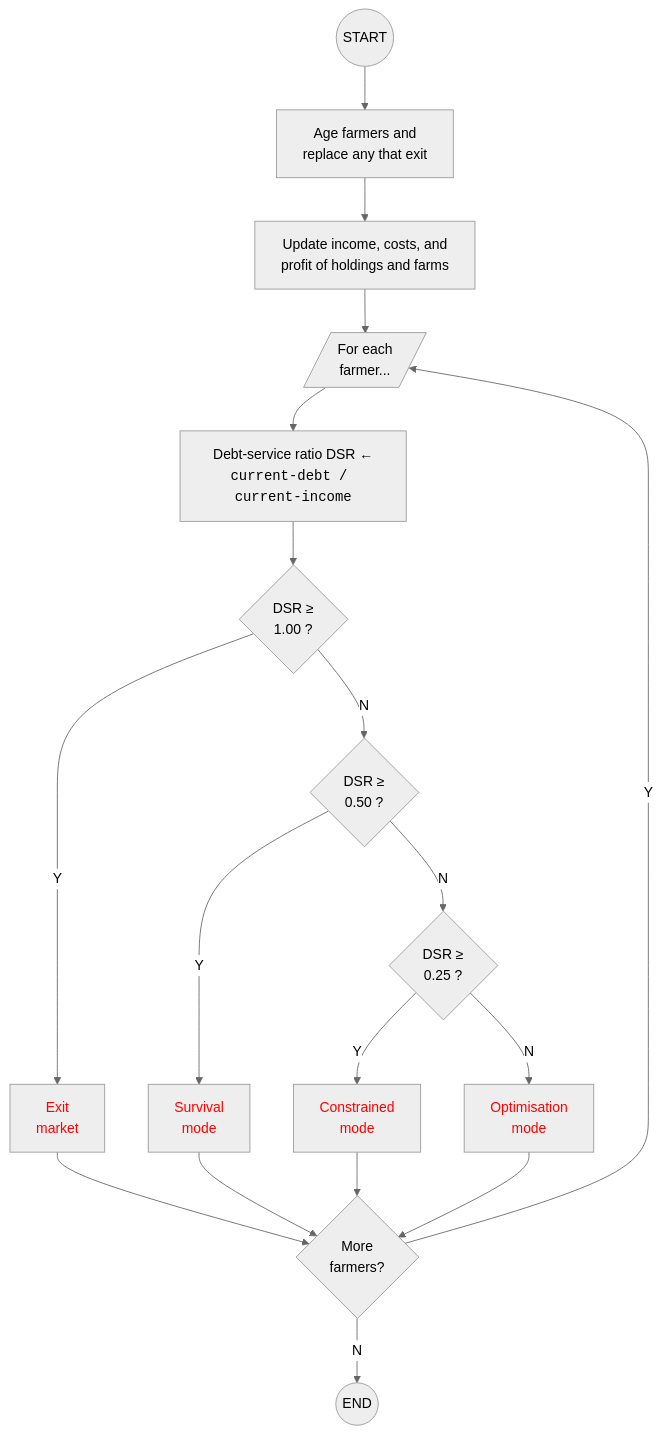
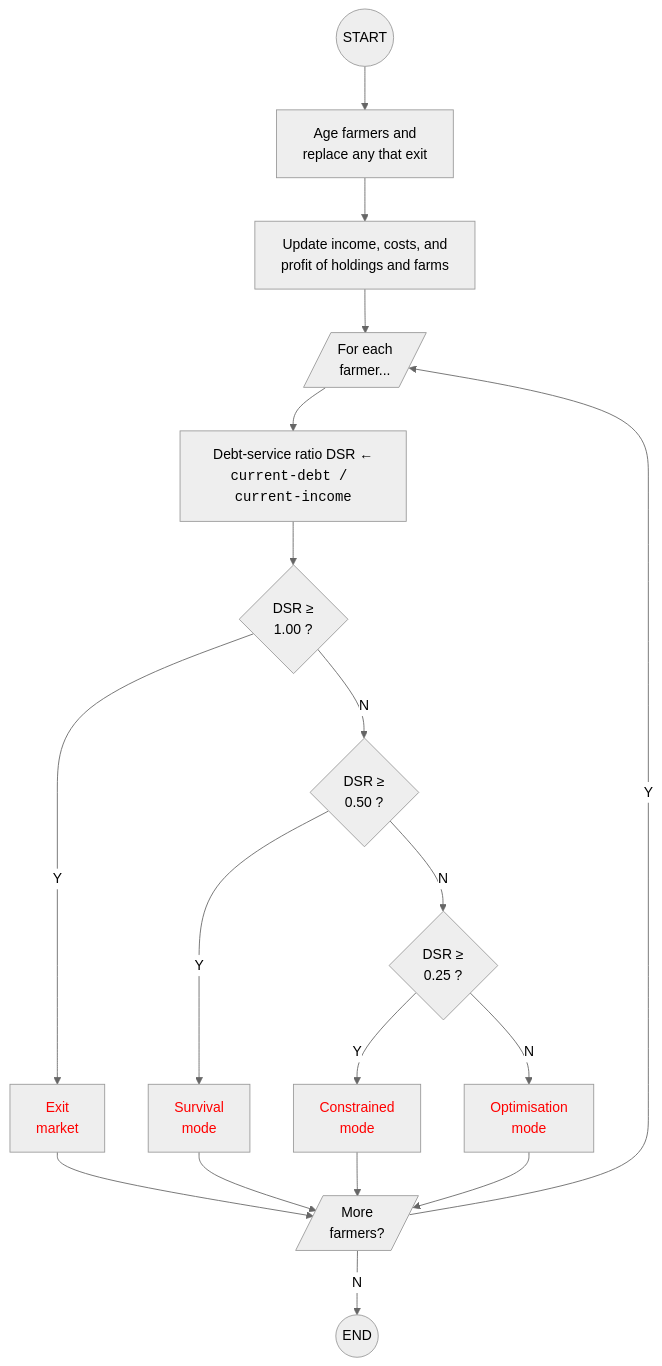
One commit to DOSull/moving-the-middle-abm changed the diagram in model-description/documents/03a-farmer-decisions-general.qmd. Above: the diagram before and after it, drawn with Mermaid (neutral theme). The commit also changed 17 other files, not shown here.

````diff
--- a/model-description/documents/03a-farmer-decisions-general.qmd
+++ b/model-description/documents/03a-farmer-decisions-general.qmd
@@ -29,35 +29,35 @@
 ```{mermaid}
 flowchart TB
   A((START))
   B[Age farmers and<br>replace any that exit]
   C[Update income, costs, and<br>profit of holdings and farms]
   E[/For each<br>farmer.../]
   F[Debt-service ratio DSR &larr;<br><span style='font-family:monospace;'>current-debt / current-income</span>]
   G1{DSR &geq;<br>1.00 ?}
   G2{DSR &geq;<br>0.50 ?}
   G3{DSR &geq;<br>0.25 ?}
   H1[<span style='color:red;'>Exit<br>market]
   H2[<span style='color:red;'>Survival<br>mode</span>]
   H3[<span style='color:red;'>Constrained<br>mode</span>]
   H4[<span style='color:red;'>Optimisation<br>mode</span>]
-  N{More<br>farmers?}
+  N[/More<br>farmers?/]
   Z((END))
   A --> B
   B --> C
   C --> E
   E --> F
   F --> G1
   G1 -->|N| G2
   G1 -->|Y| H1
   G2 -->|N| G3
   G2 -->|Y| H2
   G3 -->|N| H4
   G3 -->|Y| H3
   H1 --> N
   H2 --> N
   H3 --> N
   H4 --> N
   N -->|Y| E
   N -->|N| Z
   click H1 "03b-exit-market-succession.html" "Click for details"
 ```
````
